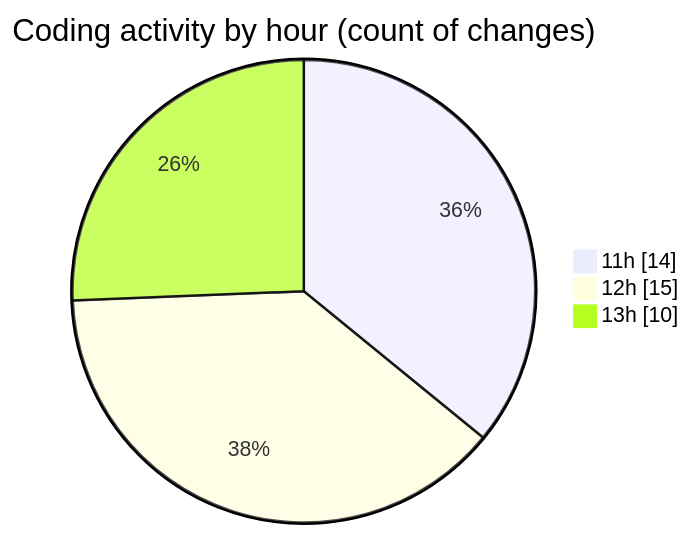
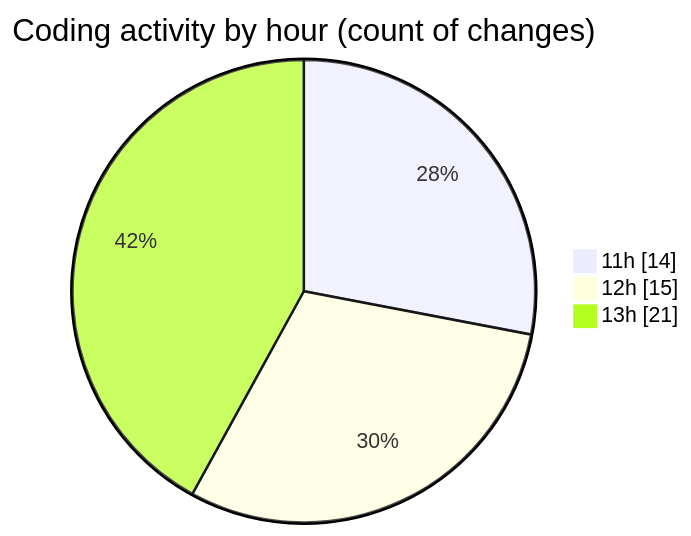
One commit to nxtqubesakshisongat/code-tracking changed the second of 2 diagrams in 2025-07-09/argos/README.md. Above: the diagram before and after it, drawn with Mermaid. The commit also changed other lines of this file and 1 other file, not shown here.

````diff
--- a/2025-07-09/argos/README.md
+++ b/2025-07-09/argos/README.md
@@ -33,7 +33,7 @@
 ```mermaid
 pie showData
 title Coding activity by hour (count of changes)
 "11h" : 14
 "12h" : 15
-"13h" : 10
+"13h" : 21
 ```
````
